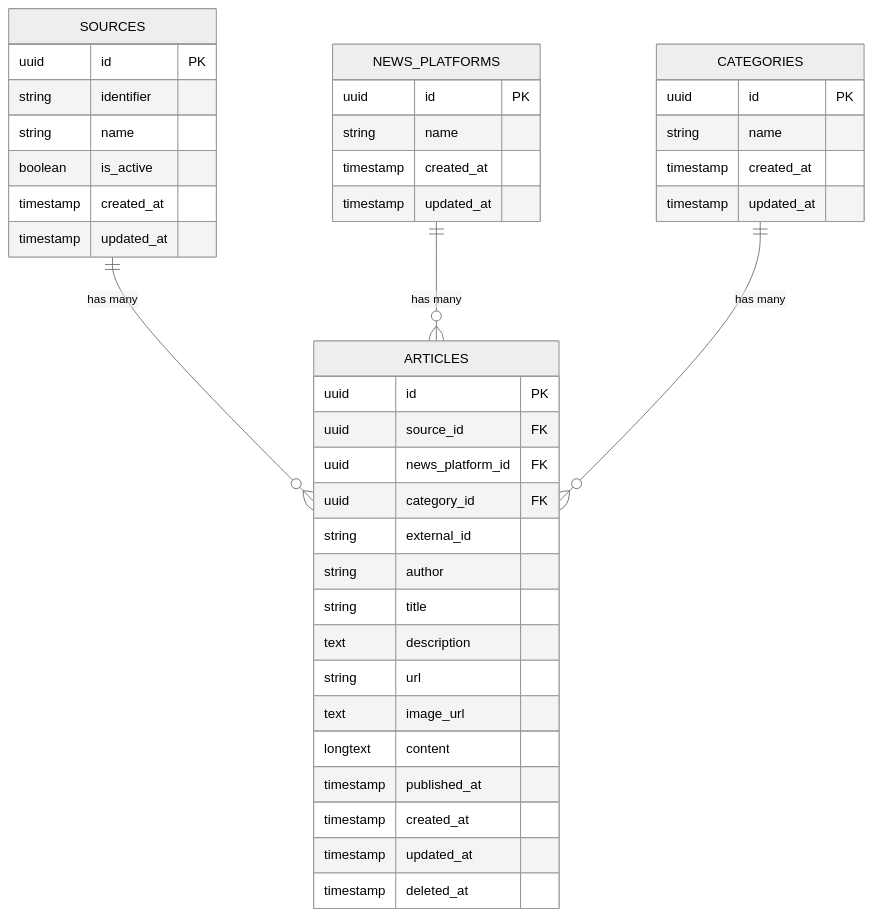
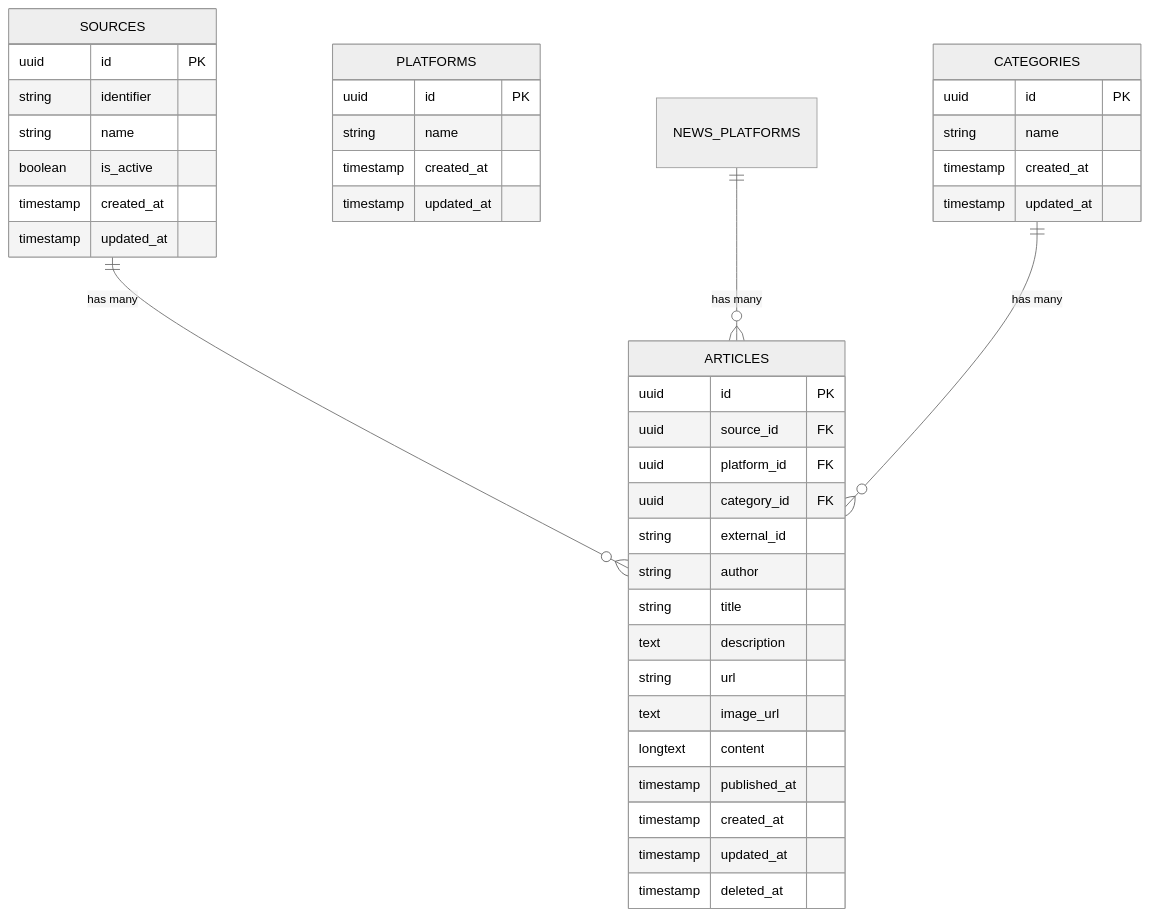
Before and after one commit to talhatech/news-aggregator: the diagram in schema-diagram.mermaid, drawn with Mermaid (neutral theme).

Commit message:
Update: schema-diagram.mermaid

```diff
--- a/schema-diagram.mermaid
+++ b/schema-diagram.mermaid
@@ -1,45 +1,45 @@
 erDiagram
     SOURCES {
         uuid id PK
         string identifier
         string name
         boolean is_active
         timestamp created_at
         timestamp updated_at
     }
 
-    NEWS_PLATFORMS {
+    PLATFORMS {
         uuid id PK
         string name
         timestamp created_at
         timestamp updated_at
     }
 
     CATEGORIES {
         uuid id PK
         string name
         timestamp created_at
         timestamp updated_at
     }
 
     ARTICLES {
         uuid id PK
         uuid source_id FK
-        uuid news_platform_id FK
+        uuid platform_id FK
         uuid category_id FK
         string external_id
         string author
         string title
         text description
         string url
         text image_url
         longtext content
         timestamp published_at
         timestamp created_at
         timestamp updated_at
         timestamp deleted_at
     }
 
     SOURCES ||--o{ ARTICLES : "has many"
     NEWS_PLATFORMS ||--o{ ARTICLES : "has many"
     CATEGORIES ||--o{ ARTICLES : "has many"
```
